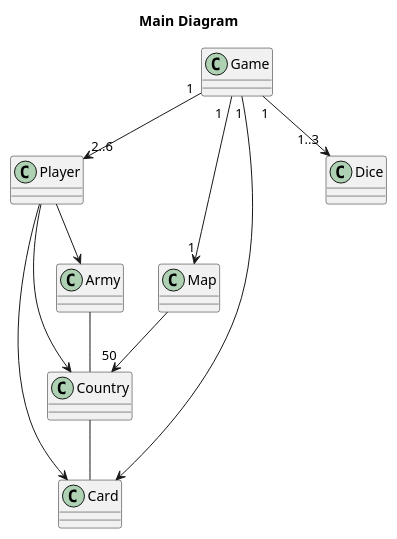
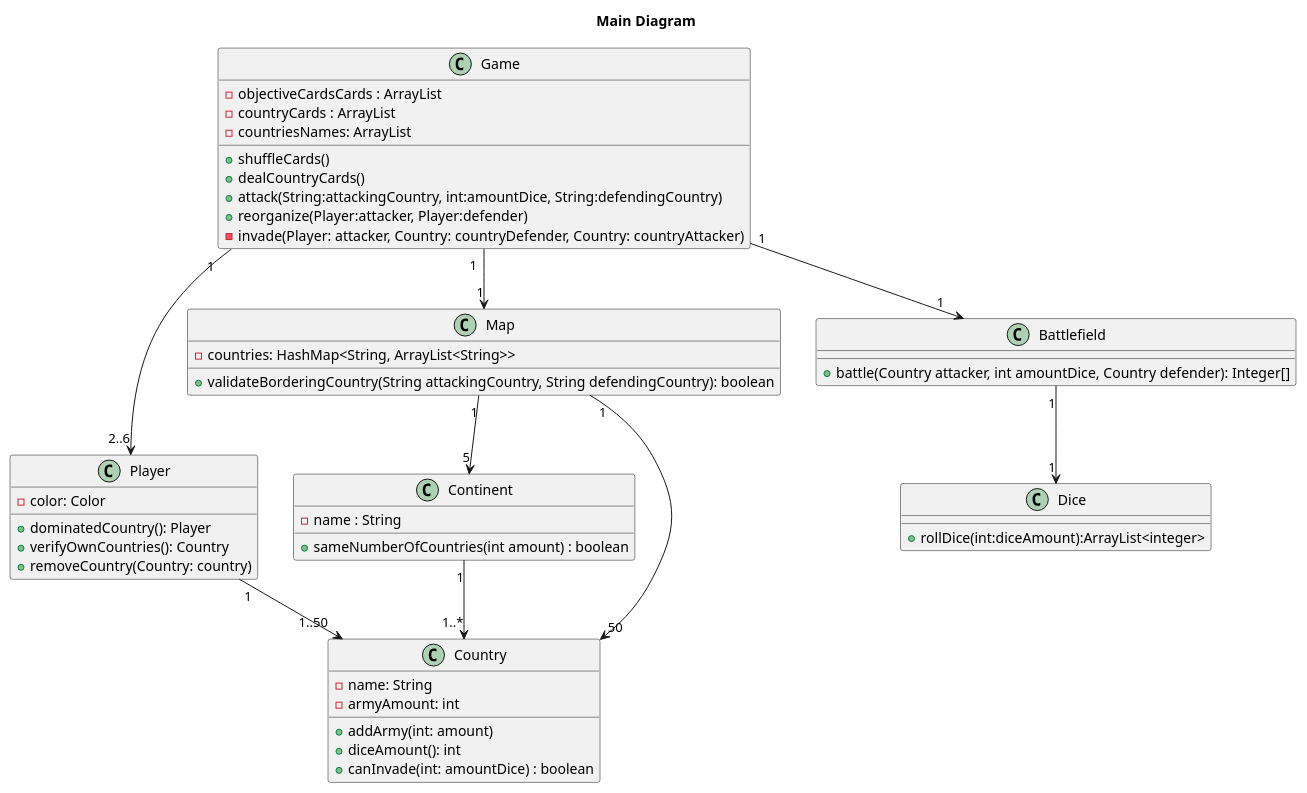
One commit to NahuelNGomez/TEG changed the diagram in src/main/java/edu/fiuba/algo3/documentation/MainDiagram.puml. Above: the diagram before and after it, drawn with PlantUML. The commit also changed 3 other files, not shown here.

Commit message:
Diagrams update

```diff
--- a/src/main/java/edu/fiuba/algo3/documentation/MainDiagram.puml
+++ b/src/main/java/edu/fiuba/algo3/documentation/MainDiagram.puml
@@ -1,43 +1,66 @@
 @startuml
-
 title "Main Diagram"
 class Game{
-
+- objectiveCardsCards : ArrayList
+- countryCards : ArrayList
+- countriesNames: ArrayList
++ shuffleCards()
++ dealCountryCards()
++ attack(String:attackingCountry, int:amountDice, String:defendingCountry)
++ reorganize(Player:attacker, Player:defender)
+- invade(Player: attacker, Country: countryDefender, Country: countryAttacker)
 
 }
 class Player{
+-color: Color
++ dominatedCountry(): Player
++ verifyOwnCountries(): Country
++ removeCountry(Country: country)
 
 }
 
+
 class Map{
+- countries: HashMap<String, ArrayList<String>>
++ validateBorderingCountry(String attackingCountry, String defendingCountry): boolean
+}
 
+class Continent {
+- name : String
++ sameNumberOfCountries(int amount) : boolean
 }
 
 class Country{
+- name: String
+- armyAmount: int
++ addArmy(int: amount)
++ diceAmount(): int
++ canInvade(int: amountDice) : boolean
+}
 
 
-}
-
-class Card{
+class Battlefield{
++ battle(Country attacker, int amountDice, Country defender): Integer[]
 
 }
 
 class Dice{
++rollDice(int:diceAmount):ArrayList<integer>
 
-}
-class Army{
 }
 
 
+
 Game "1"--> "2..6" Player
-Game "1"--> Card
-Game "1"--> "    1..3" Dice
+Battlefield "1"--> "1" Dice
 Game "1  "--> "1" Map
-Player --> Army
-Army -- Country
-Map --> "50" Country
 
-Player --> Card
-Player --> Country
-Country -- Card
+
+Map "1"--> "50" Country
+Map "1"--> "5" Continent
+
+Continent "1"-->"1..*" Country
+
+Player "1" --> "1..50" Country
+Game "1" -->"1" Battlefield
 @enduml
```
